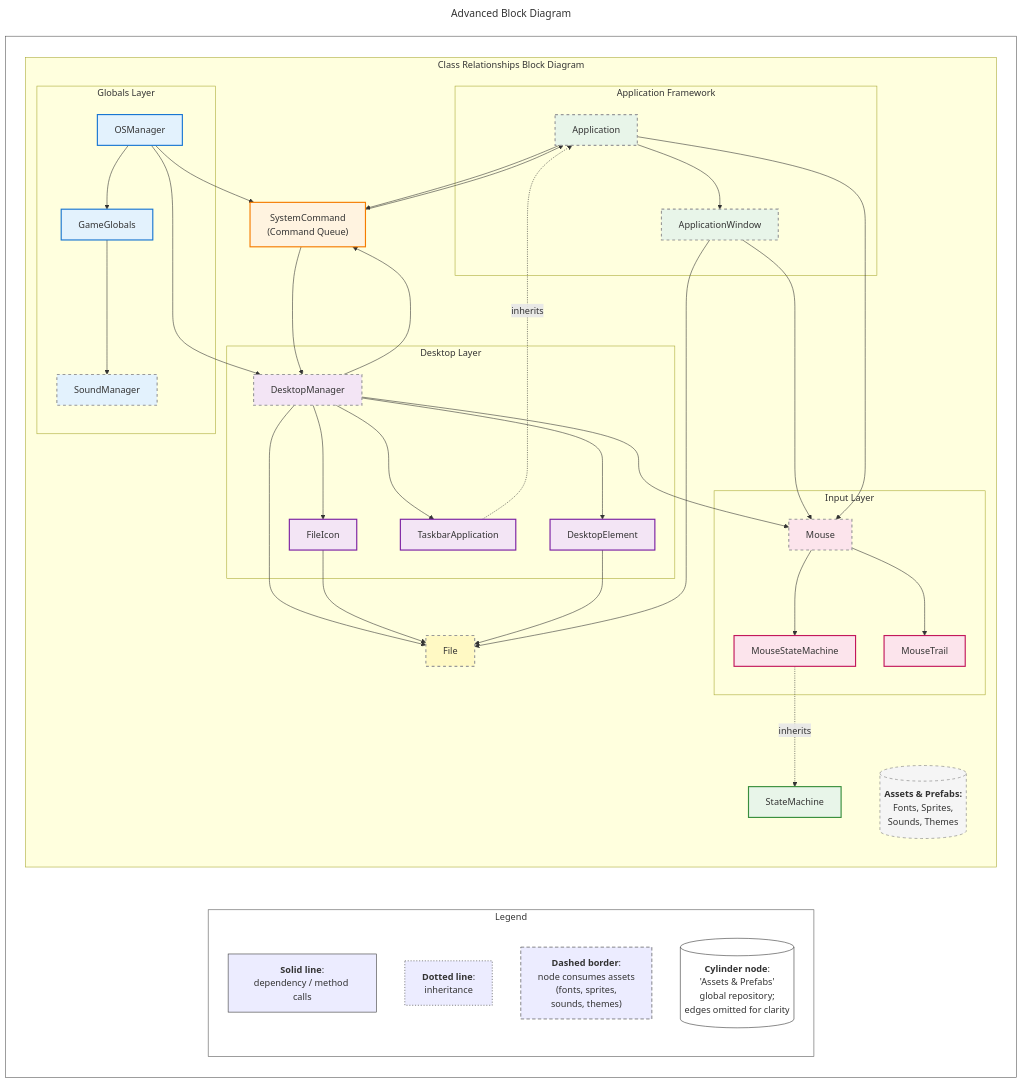
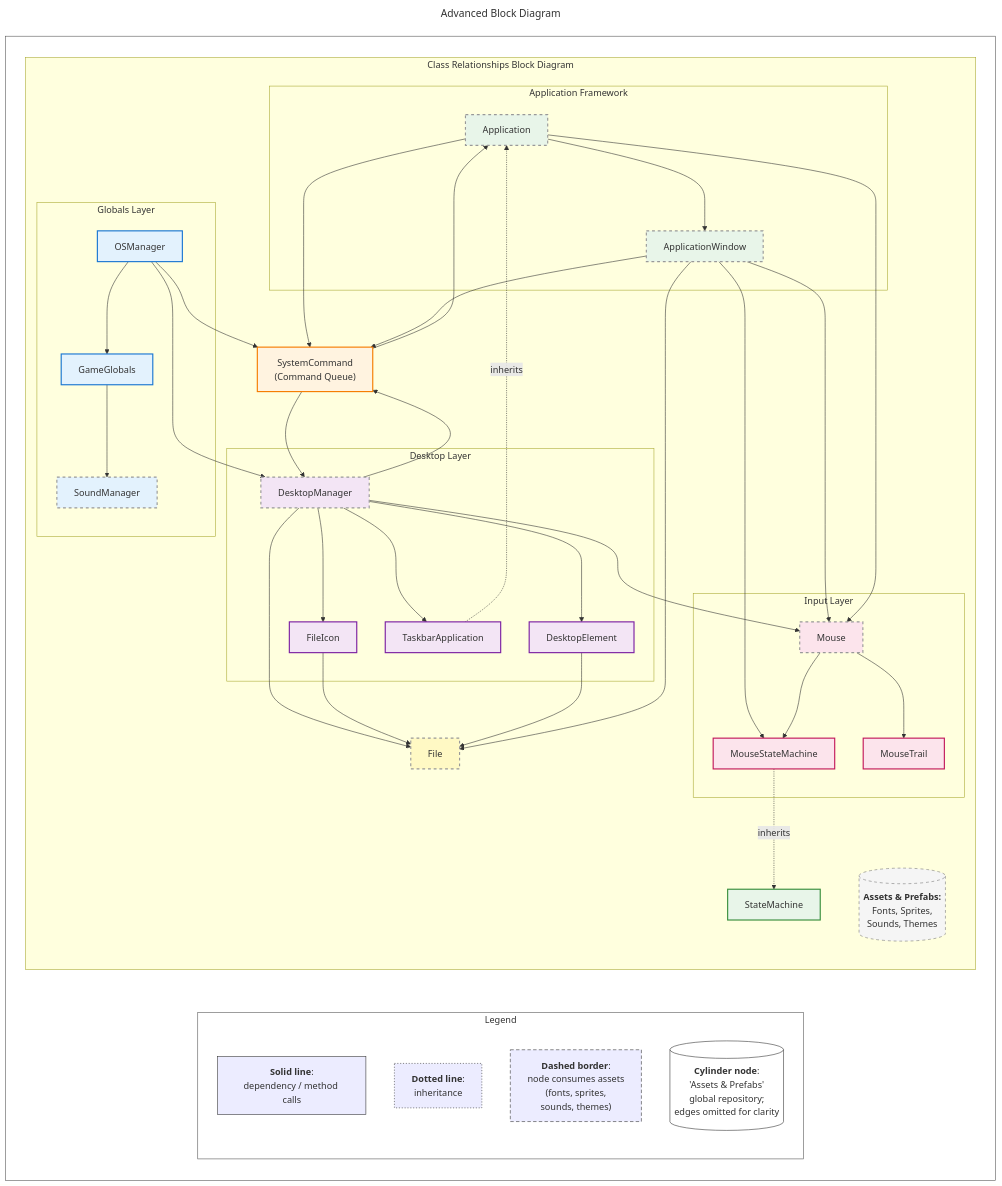
The diagram in docs/charts/advanced-block-diagram.mmd (OS-Simulator-Mystery-Game/senior-design-wiki), drawn with Mermaid before and after one commit. The commit also changed 2 other files, not shown here.

Commit message:
Advanced Diagram finalized

```diff
--- a/docs/charts/advanced-block-diagram.mmd
+++ b/docs/charts/advanced-block-diagram.mmd
@@ -1,124 +1,126 @@
 ---
 title: Advanced Block Diagram
 ---
 %%{init: {'flowchart': {'nodeSpacing': 50, 'rankSpacing': 50, 'curve': 'basis'}} }%%
 flowchart TB
 
 subgraph Diagram[" "]
     direction TB
 
     subgraph DetailedView[" Class Relationships Block Diagram "]
         direction TB
     
     %% Globals Layer
     subgraph GlobalsLayer[" Globals Layer "]
         OSManager2["OSManager"]:::global
         GameGlobals2["GameGlobals"]:::global
         SoundManager2["SoundManager"]:::global
     end
     
     %% Command Queue
     SystemCommand2["SystemCommand<br/>(Command Queue)"]:::command
     
     %% Desktop Layer
     subgraph DesktopLayer[" Desktop Layer "]
         DesktopManager2["DesktopManager"]:::desktop
         FileIcon2["FileIcon"]:::desktop
         DesktopElement2["DesktopElement"]:::desktop
         TaskbarApplication2["TaskbarApplication"]:::desktop
     end
     
     %% Input Layer
     subgraph InputLayer[" Input Layer "]
         Mouse2["Mouse"]:::input
         MouseStateMachine2["MouseStateMachine"]:::input
         MouseTrail2["MouseTrail"]:::input
     end
     
     %% Application Framework
     subgraph AppFramework[" Application Framework "]
         Application2["Application"]:::app
         ApplicationWindow2["ApplicationWindow"]:::app
     end
     
     %% Filesystem
     File2["File"]:::fs
     
     %% StateMachine (placed separately for better layout)
     StateMachine2["StateMachine"]:::app
     
     %% Assets & Resources
     Assets2[("<b>Assets & Prefabs:</b><br/>Fonts, Sprites,<br/>Sounds, Themes")]:::assets
     
     %% Core Dependencies
     OSManager2 --> SystemCommand2
     OSManager2 --> DesktopManager2
     OSManager2 --> GameGlobals2
     GameGlobals2 --> SoundManager2
     SystemCommand2 --> DesktopManager2
     SystemCommand2 --> Application2
     
     %% Desktop interactions
     DesktopManager2 --> FileIcon2
     DesktopManager2 --> DesktopElement2
     DesktopManager2 --> TaskbarApplication2
     DesktopManager2 --> SystemCommand2
     DesktopManager2 --> File2
     FileIcon2 --> File2
     DesktopElement2 --> File2
     
     %% Application interactions
     Application2 --> ApplicationWindow2
     Application2 --> SystemCommand2
     ApplicationWindow2 --> Mouse2
     ApplicationWindow2 --> File2
+    ApplicationWindow2 --> SystemCommand2
+    ApplicationWindow2 --> MouseStateMachine2
     
     %% Input connections
     Mouse2 --> MouseStateMachine2
     Mouse2 --> MouseTrail2
     DesktopManager2 --> Mouse2
     Application2 --> Mouse2
     
     %% Asset consumption indication (no edges)
     %% Dashed borders mark specific nodes that consume assets
     style DesktopManager2 stroke-dasharray: 5 5,stroke:#999
     style Application2 stroke-dasharray: 5 5,stroke:#999
     style ApplicationWindow2 stroke-dasharray: 5 5,stroke:#999
     style Mouse2 stroke-dasharray: 5 5,stroke:#999
     style File2 stroke-dasharray: 5 5,stroke:#999
     style SoundManager2 stroke-dasharray: 5 5,stroke:#999
     
     %% Inheritance (dotted)
     TaskbarApplication2 -.->|inherits| Application2
     MouseStateMachine2 -.->|inherits| StateMachine2
     
     end
 
     %% Legend (kept separate but guaranteed below by Diagram stacking)
     subgraph LegendBox[" Legend "]
         direction TB
         LegendSolid["<b>Solid line</b>:<br/>dependency / method calls"]
         LegendDotted["<b>Dotted line</b>:<br/>inheritance"]
         LegendDashedBorder["<b>Dashed border</b>:<br/>node consumes assets<br/>(fonts, sprites,<br/>sounds, themes)"]
         LegendAssetsShape[("<b>Cylinder node</b>:<br/>'Assets & Prefabs'<br/>global repository;<br/>edges omitted for clarity")]
     end
 end
 
 %% Style classes
 classDef global fill:#e3f2fd,stroke:#1976d2,stroke-width:2px;
 classDef command fill:#fff3e0,stroke:#f57c00,stroke-width:2px;
 classDef desktop fill:#f3e5f5,stroke:#7b1fa2,stroke-width:2px;
 classDef app fill:#e8f5e9,stroke:#388e3c,stroke-width:2px;
 classDef input fill:#fce4ec,stroke:#c2185b,stroke-width:2px;
 classDef fs fill:#fff9c4,stroke:#f9a825,stroke-width:2px;
 classDef assets fill:#f5f5f5,stroke:#757575,stroke-width:1px,stroke-dasharray: 5 5;
  
 style LegendBox fill:#ffffff,stroke:#555,stroke-width:1px
 style Diagram fill:#ffffff,stroke:#555,stroke-width:1px
 style LegendSolid stroke-dasharray:0,stroke:#333
 style LegendDotted stroke-dasharray:2 3,stroke:#333
 style LegendDashedBorder stroke-dasharray:6 4,stroke:#333
 style LegendAssetsShape stroke:#333,stroke-width:1px,fill:#fff
-%% Invisible anchor edge to force legend below; styled fully transparent
+%% Invisible anchor edge (styled transparent) to keep legend below without visible arrow
 DetailedView --> LegendBox
-linkStyle 23 stroke:transparent,opacity:0
+linkStyle 25 stroke-width:0px,stroke:transparent,fill:none,opacity:0
```
